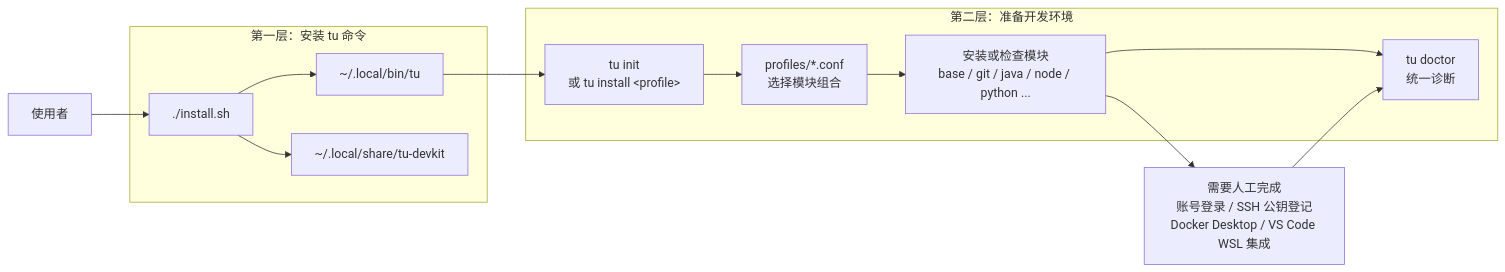
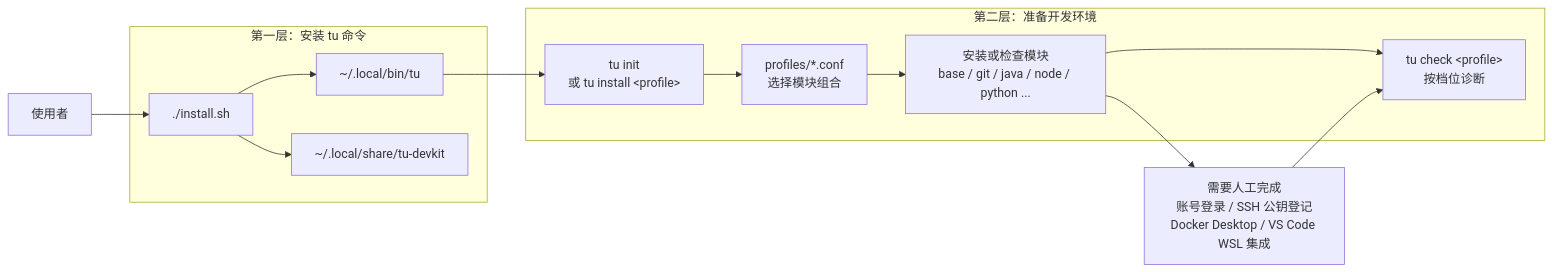
The first of 6 diagrams in ai-dev-env-init/docs/overview.md (cnxutu/tu-devkit), drawn with Mermaid before and after one commit. The commit also changed other lines of this file and 11 other files, not shown here.

````diff
--- a/ai-dev-env-init/docs/overview.md
+++ b/ai-dev-env-init/docs/overview.md
@@ -18,27 +18,27 @@
 ```mermaid
 flowchart LR
     U["使用者"]
 
     subgraph CLI["第一层：安装 tu 命令"]
         I["./install.sh"]
         P["~/.local/bin/tu"]
         R["~/.local/share/tu-devkit"]
         I --> P
         I --> R
     end
 
     subgraph ENV["第二层：准备开发环境"]
         C["tu init<br/>或 tu install &lt;profile&gt;"]
         F["profiles/*.conf<br/>选择模块组合"]
         M["安装或检查模块<br/>base / git / java / node / python ..."]
-        D["tu doctor<br/>统一诊断"]
+        D["tu check &lt;profile&gt;<br/>按档位诊断"]
         C --> F --> M --> D
     end
 
     X["需要人工完成<br/>账号登录 / SSH 公钥登记<br/>Docker Desktop / VS Code WSL 集成"]
 
     U --> I
     P --> C
     M --> X
     X --> D
 ```
````
